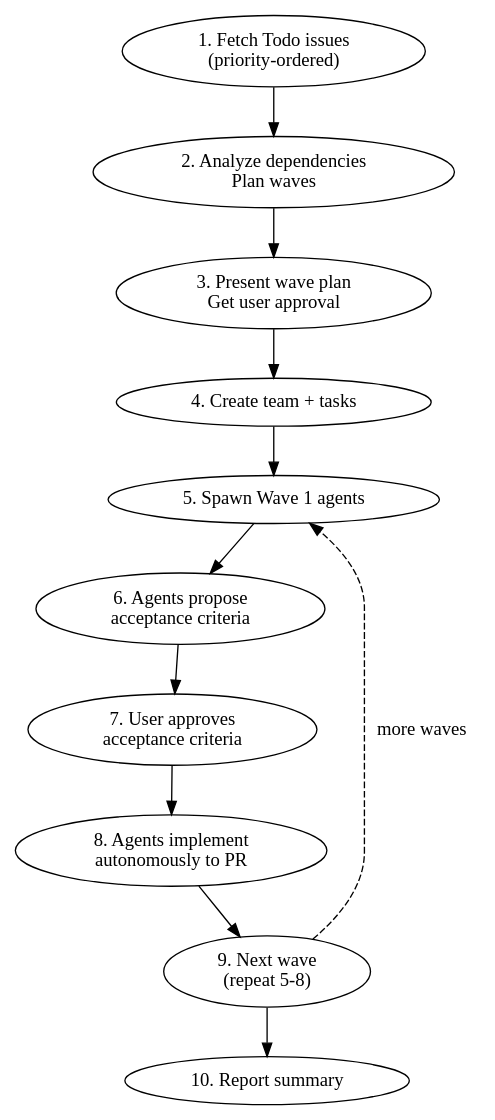
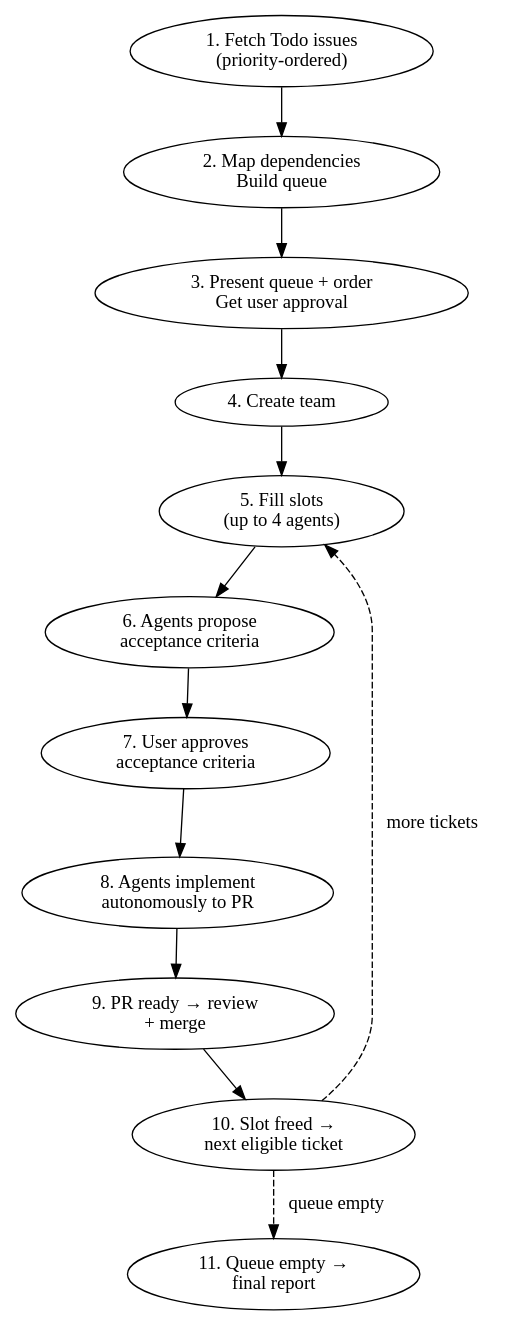
One commit to kmigdol/claude-config changed the diagram in skills/linear-todo-runner/SKILL.md. Above: the diagram before and after it, drawn with Graphviz. The commit also changed other lines of this file, not shown here.

First line of the commit message:
linear-todo-runner: rolling queue instead of discrete waves

````diff
--- a/skills/linear-todo-runner/SKILL.md
+++ b/skills/linear-todo-runner/SKILL.md
@@ -26,18 +25,20 @@
 ```dot
 digraph runner {
     rankdir=TB;
     fetch [label="1. Fetch Todo issues\n(priority-ordered)"];
-    analyze [label="2. Analyze dependencies\nPlan waves"];
-    approve_plan [label="3. Present wave plan\nGet user approval"];
-    team [label="4. Create team + tasks"];
-    spawn [label="5. Spawn Wave 1 agents"];
+    analyze [label="2. Map dependencies\nBuild queue"];
+    approve_plan [label="3. Present queue + order\nGet user approval"];
+    team [label="4. Create team"];
+    fill [label="5. Fill slots\n(up to 4 agents)"];
     ac [label="6. Agents propose\nacceptance criteria"];
     approve_ac [label="7. User approves\nacceptance criteria"];
     implement [label="8. Agents implement\nautonomously to PR"];
-    next [label="9. Next wave\n(repeat 5-8)"];
-    report [label="10. Report summary"];
+    review [label="9. PR ready → review\n+ merge"];
+    check [label="10. Slot freed →\nnext eligible ticket"];
+    report [label="11. Queue empty →\nfinal report"];
 
-    fetch -> analyze -> approve_plan -> team -> spawn -> ac -> approve_ac -> implement -> next -> report;
-    next -> spawn [label="more waves" style=dashed];
+    fetch -> analyze -> approve_plan -> team -> fill -> ac -> approve_ac -> implement -> review -> check;
+    check -> fill [label="more tickets" style=dashed];
+    check -> report [label="queue empty" style=dashed];
 }
 ```
````
